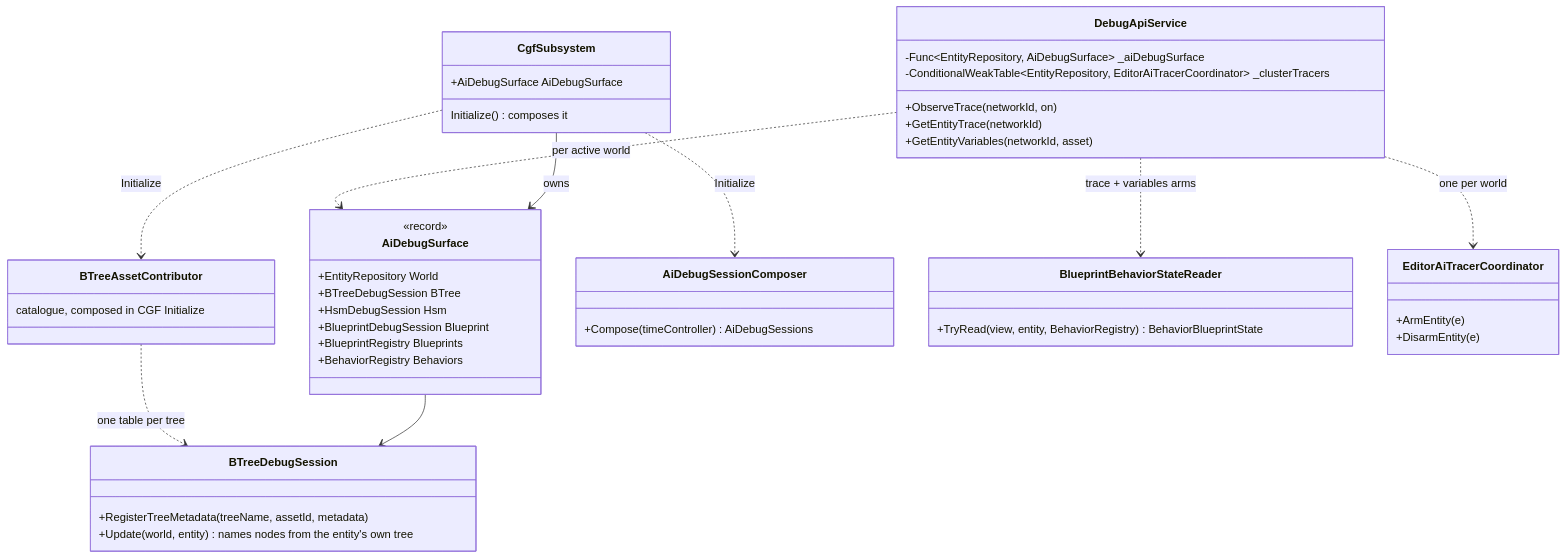
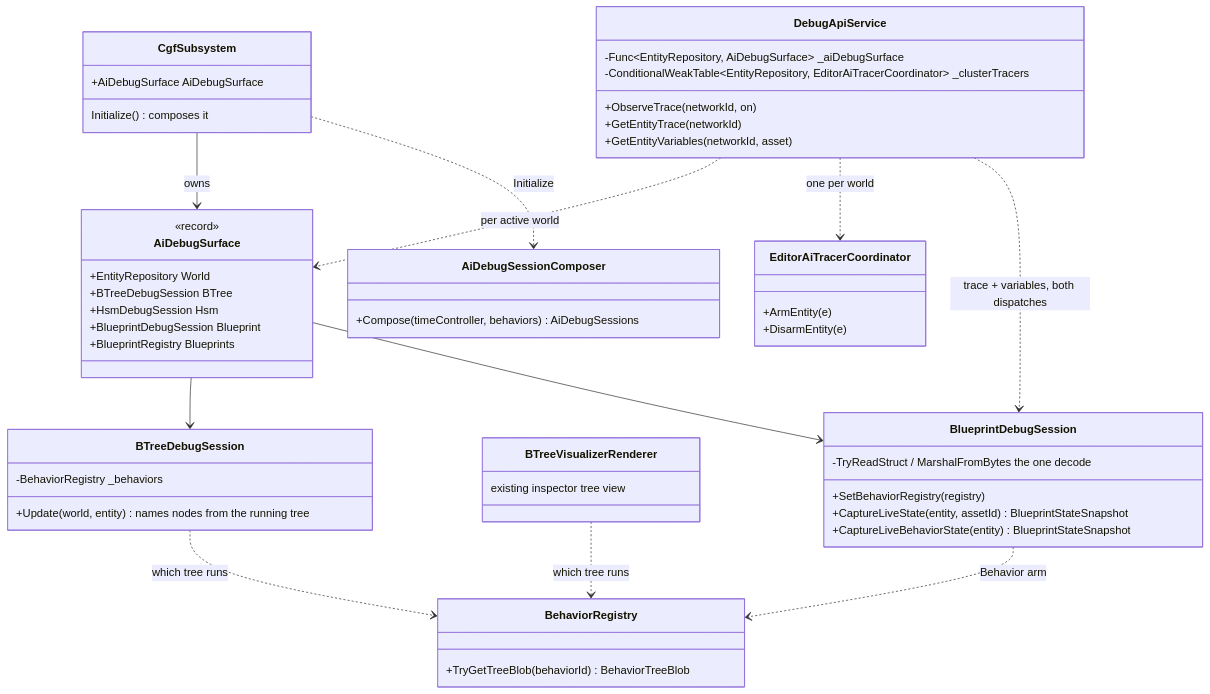
Before and after one commit to pjanec/HROT: the first of 3 diagrams in docs/blueprints/DESIGN_Cluster_Ai_Debug_Surface.md, drawn with Mermaid. The commit also changed other lines of this file and 16 other files, not shown here.

First line of the commit message:
CE-476: share, don't duplicate — route both AI-debug reads to their existing owners

````diff
--- a/docs/blueprints/DESIGN_Cluster_Ai_Debug_Surface.md
+++ b/docs/blueprints/DESIGN_Cluster_Ai_Debug_Surface.md
@@ -57,48 +58,55 @@
 ```mermaid
 classDiagram
     class DebugApiService {
         -Func~EntityRepository, AiDebugSurface~ _aiDebugSurface
         -ConditionalWeakTable~EntityRepository, EditorAiTracerCoordinator~ _clusterTracers
         +ObserveTrace(networkId, on)
         +GetEntityTrace(networkId)
         +GetEntityVariables(networkId, asset)
     }
     class AiDebugSurface {
         <<record>>
         +EntityRepository World
         +BTreeDebugSession BTree
         +HsmDebugSession Hsm
         +BlueprintDebugSession Blueprint
         +BlueprintRegistry Blueprints
-        +BehaviorRegistry Behaviors
     }
     class BTreeDebugSession {
-        +RegisterTreeMetadata(treeName, assetId, metadata)
-        +Update(world, entity) names nodes from the entity's own tree
+        -BehaviorRegistry _behaviors
+        +Update(world, entity) names nodes from the running tree
     }
-    class BTreeAssetContributor {
-        catalogue, composed in CGF Initialize
+    class BehaviorRegistry {
+        +TryGetTreeBlob(behaviorId) BehaviorTreeBlob
+    }
+    class BTreeVisualizerRenderer {
+        existing inspector tree view
+    }
+    class BlueprintDebugSession {
+        +SetBehaviorRegistry(registry)
+        +CaptureLiveState(entity, assetId) BlueprintStateSnapshot
+        +CaptureLiveBehaviorState(entity) BlueprintStateSnapshot
+        -TryReadStruct / MarshalFromBytes  the one decode
     }
     class CgfSubsystem {
         +AiDebugSurface AiDebugSurface
         Initialize() composes it
     }
     class AiDebugSessionComposer {
-        +Compose(timeController) AiDebugSessions
-    }
-    class BlueprintBehaviorStateReader {
-        +TryRead(view, entity, BehaviorRegistry) BehaviorBlueprintState
+        +Compose(timeController, behaviors) AiDebugSessions
     }
     class EditorAiTracerCoordinator {
         +ArmEntity(e)
         +DisarmEntity(e)
     }
     DebugApiService ..> AiDebugSurface : per active world
     DebugApiService ..> EditorAiTracerCoordinator : one per world
-    DebugApiService ..> BlueprintBehaviorStateReader : trace + variables arms
+    DebugApiService ..> BlueprintDebugSession : trace + variables, both dispatches
     CgfSubsystem --> AiDebugSurface : owns
     CgfSubsystem ..> AiDebugSessionComposer : Initialize
-    CgfSubsystem ..> BTreeAssetContributor : Initialize
-    BTreeAssetContributor ..> BTreeDebugSession : one table per tree
     AiDebugSurface --> BTreeDebugSession
+    AiDebugSurface --> BlueprintDebugSession
+    BTreeDebugSession ..> BehaviorRegistry : which tree runs
+    BTreeVisualizerRenderer ..> BehaviorRegistry : which tree runs
+    BlueprintDebugSession ..> BehaviorRegistry : Behavior arm
 ```
````
